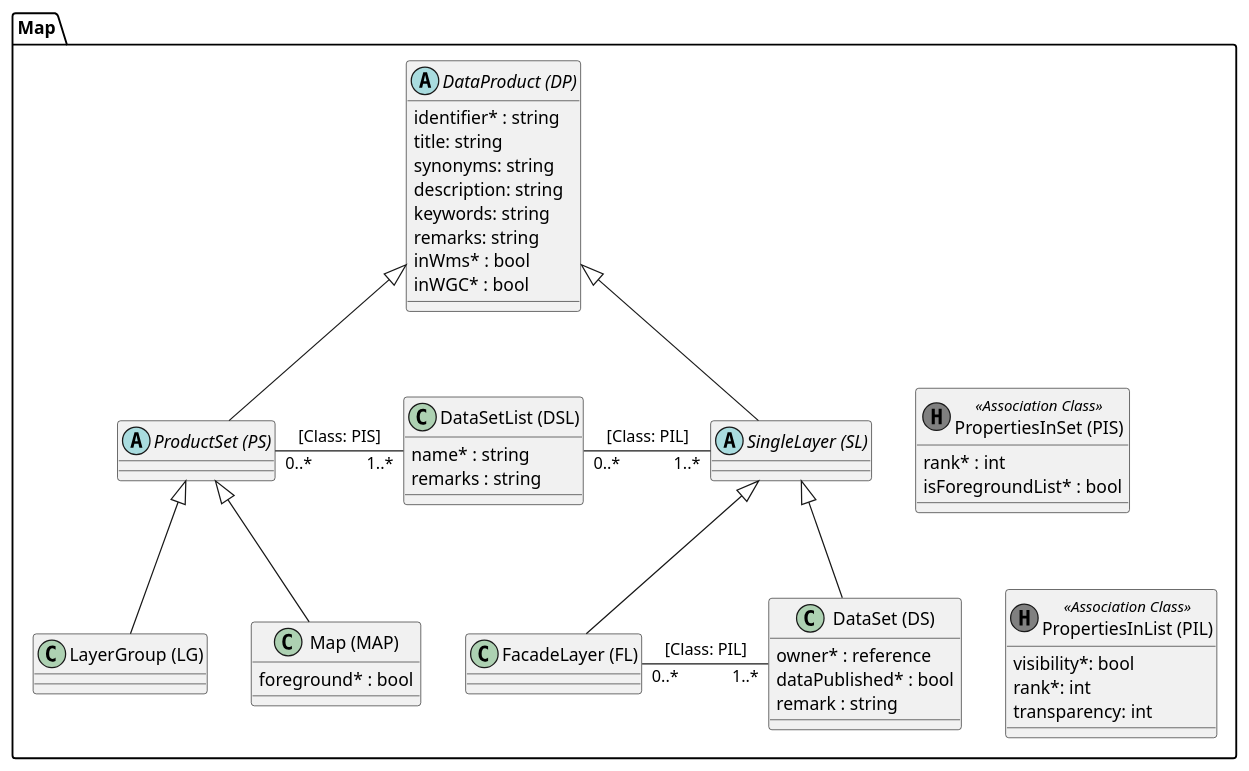
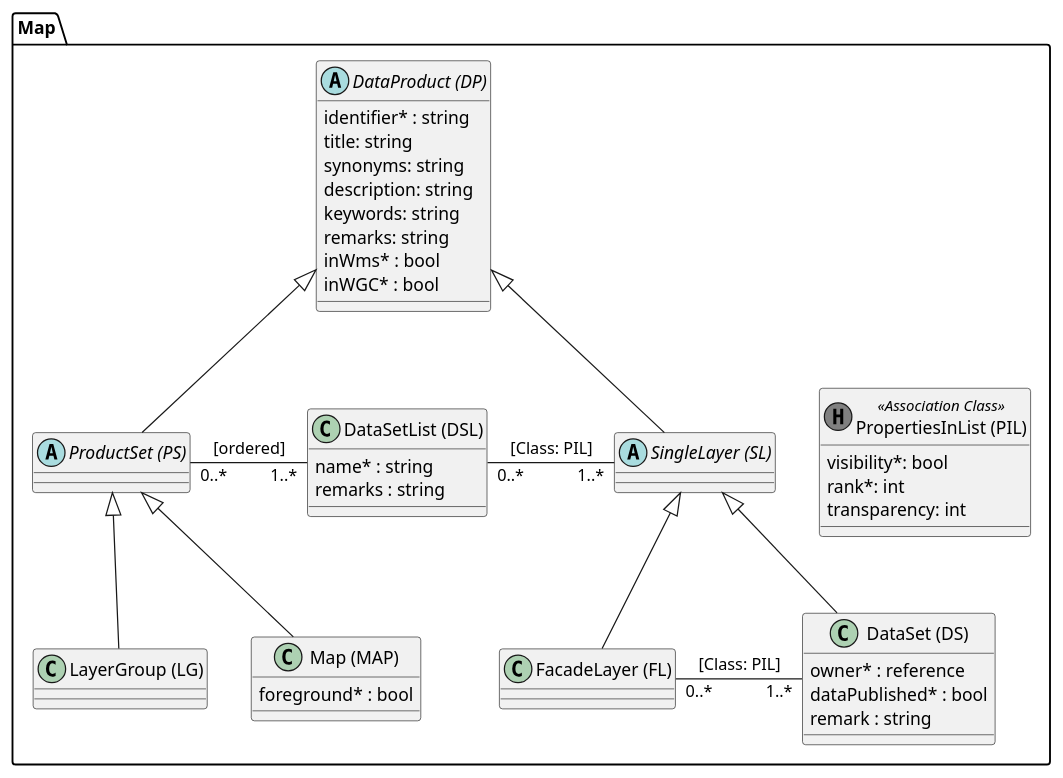
The diagram in puml/src/simi_map.puml (simi-so/mm), drawn with PlantUML before and after one commit. The commit also changed 1 other file, not shown here.

Commit message:
Reoved Association Class PIS

```diff
--- a/puml/src/simi_map.puml
+++ b/puml/src/simi_map.puml
@@ -1,62 +1,56 @@
 @startuml
 package Map {
   abstract class "DataProduct (DP)" as dp {
       identifier* : string
       title: string
       synonyms: string
       description: string
       keywords: string
       remarks: string
       inWms* : bool
       inWGC* : bool
   }
   
   abstract class "ProductSet (PS)" as ps
   class "LayerGroup (LG)" as lg
 
   class "Map (MAP)" as map {
     foreground* : bool
   }
   
   class "DataSetList (DSL)" as dsl {
     name* : string
     remarks : string
   }
   
   abstract class "SingleLayer (SL)" as sl
   class "FacadeLayer (FL)" as fl
   class "DataSet (DS)" as ds {
     owner* : reference
     dataPublished* : bool
     remark : string
   }
   
   class "PropertiesInList (PIL)" as pil << (H, grey) Association Class >> {
   	visibility*: bool
     rank*: int
     transparency: int
   }
   
-  class "PropertiesInSet (PIS)" as pis << (H, grey) Association Class >> {
-    rank* : int
-    isForegroundList* : bool
-  }
-  
   dp <|-- ps
   ps <|-- lg
   ps <|-- map
   
   dp <|-- sl
   sl <|-- ds
   sl <|-- fl
   
-  ps "0..*" - "1..*" dsl : [Class: PIS]
+  ps "0..*" - "1..*" dsl : [ordered]
   
   dsl "0..*" - "1..*" sl : [Class: PIL]  
   fl "0..*" - "1..*" ds : [Class: PIL]
   
   ' layout help
-  sl -[hidden]> pis
-  ds -[hidden]> pil
+  sl -[hidden]> pil
 }
 @enduml
```
